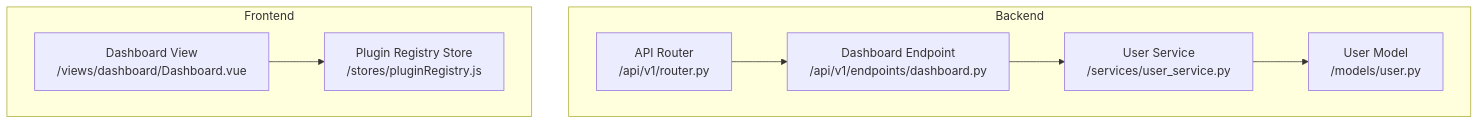
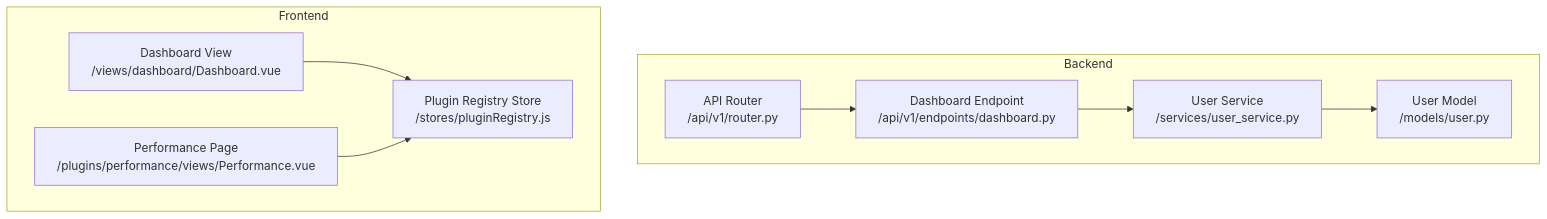
Before and after one commit to Nikita5543/New-SSO-02: the first of 11 diagrams in .qoder/repowiki/en/content/Core API Reference/Dashboard Endpoints.md, drawn with Mermaid. The commit also changed other lines of this file and 3 other files, not shown here.

````diff
--- a/.qoder/repowiki/en/content/Core API Reference/Dashboard Endpoints.md
+++ b/.qoder/repowiki/en/content/Core API Reference/Dashboard Endpoints.md
@@ -37,17 +46,19 @@
 ```mermaid
 graph TB
 subgraph "Backend"
 R["API Router<br/>/api/v1/router.py"]
 D["Dashboard Endpoint<br/>/api/v1/endpoints/dashboard.py"]
 U["User Service<br/>/services/user_service.py"]
 M["User Model<br/>/models/user.py"]
 end
 subgraph "Frontend"
 FVD["Dashboard View<br/>/views/dashboard/Dashboard.vue"]
 PR["Plugin Registry Store<br/>/stores/pluginRegistry.js"]
+PERF["Performance Page<br/>/plugins/performance/views/Performance.vue"]
 end
 R --> D
 D --> U
 U --> M
 FVD --> PR
+PERF --> PR
 ```
````
